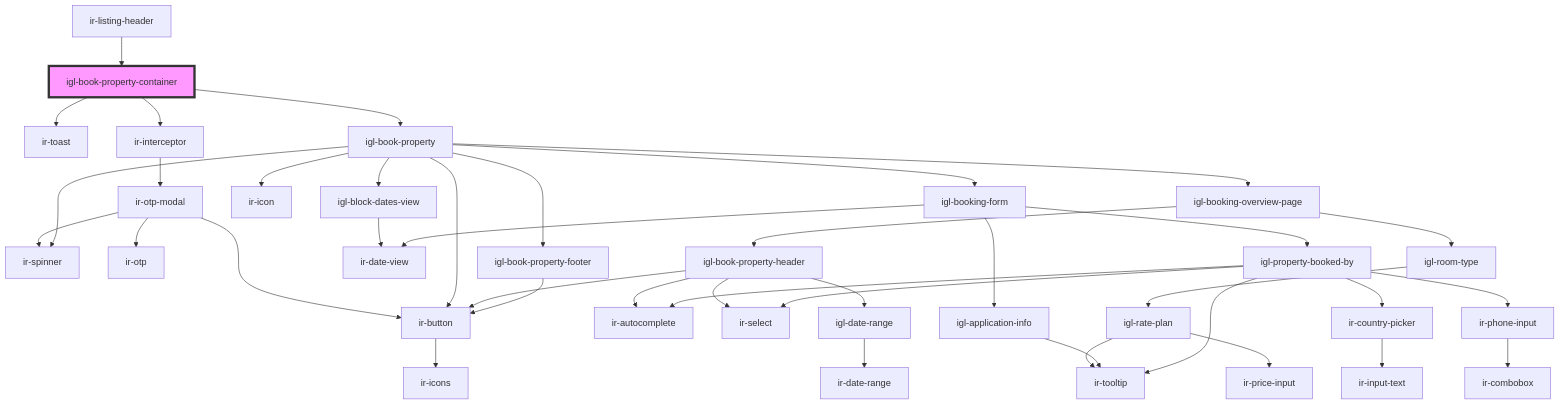
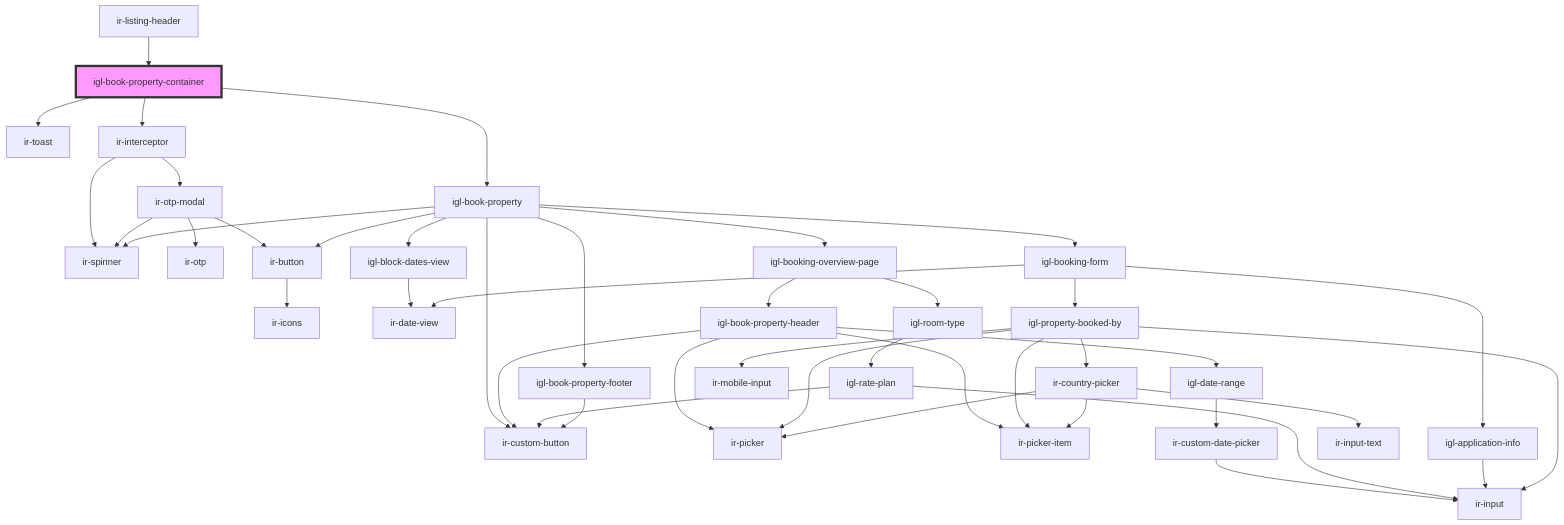
The diagram in src/components/igl-book-property-container/readme.md (RonyRizk/ir-webcmp), drawn with Mermaid before and after one commit. The commit also changed 433 other files, not shown here.

````diff
--- a/src/components/igl-book-property-container/readme.md
+++ b/src/components/igl-book-property-container/readme.md
@@ -41,43 +41,46 @@
 ```mermaid
 graph TD;
   igl-book-property-container --> ir-toast
   igl-book-property-container --> ir-interceptor
   igl-book-property-container --> igl-book-property
+  ir-interceptor --> ir-spinner
   ir-interceptor --> ir-otp-modal
   ir-otp-modal --> ir-spinner
   ir-otp-modal --> ir-otp
   ir-otp-modal --> ir-button
   ir-button --> ir-icons
   igl-book-property --> igl-block-dates-view
   igl-book-property --> ir-spinner
-  igl-book-property --> ir-icon
+  igl-book-property --> ir-custom-button
   igl-book-property --> igl-booking-overview-page
   igl-book-property --> igl-booking-form
   igl-book-property --> ir-button
   igl-book-property --> igl-book-property-footer
   igl-block-dates-view --> ir-date-view
   igl-booking-overview-page --> igl-book-property-header
   igl-booking-overview-page --> igl-room-type
-  igl-book-property-header --> ir-autocomplete
-  igl-book-property-header --> ir-select
-  igl-book-property-header --> ir-button
+  igl-book-property-header --> ir-picker
+  igl-book-property-header --> ir-picker-item
+  igl-book-property-header --> ir-custom-button
   igl-book-property-header --> igl-date-range
-  igl-date-range --> ir-date-range
+  igl-date-range --> ir-custom-date-picker
+  ir-custom-date-picker --> ir-input
   igl-room-type --> igl-rate-plan
-  igl-rate-plan --> ir-tooltip
-  igl-rate-plan --> ir-price-input
+  igl-rate-plan --> ir-input
+  igl-rate-plan --> ir-custom-button
   igl-booking-form --> ir-date-view
   igl-booking-form --> igl-application-info
   igl-booking-form --> igl-property-booked-by
-  igl-application-info --> ir-tooltip
-  igl-property-booked-by --> ir-autocomplete
-  igl-property-booked-by --> ir-tooltip
+  igl-application-info --> ir-input
+  igl-property-booked-by --> ir-picker
+  igl-property-booked-by --> ir-picker-item
+  igl-property-booked-by --> ir-input
   igl-property-booked-by --> ir-country-picker
-  igl-property-booked-by --> ir-phone-input
-  igl-property-booked-by --> ir-select
+  igl-property-booked-by --> ir-mobile-input
+  ir-country-picker --> ir-picker
+  ir-country-picker --> ir-picker-item
   ir-country-picker --> ir-input-text
-  ir-phone-input --> ir-combobox
-  igl-book-property-footer --> ir-button
+  igl-book-property-footer --> ir-custom-button
   ir-listing-header --> igl-book-property-container
   style igl-book-property-container fill:#f9f,stroke:#333,stroke-width:4px
 ```
````
